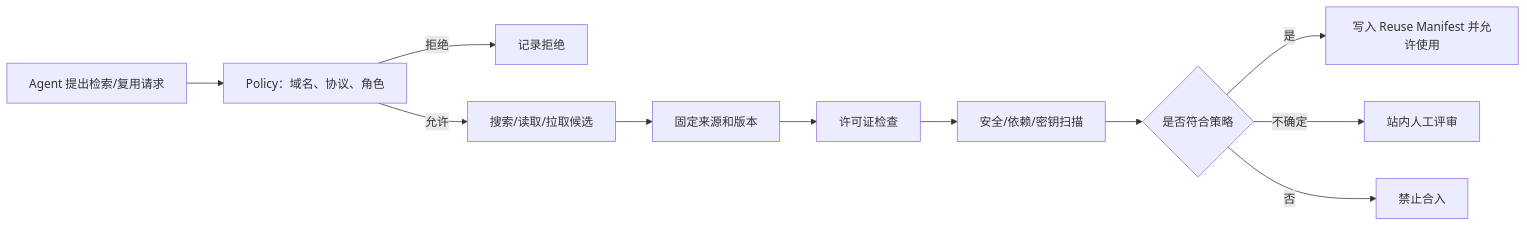
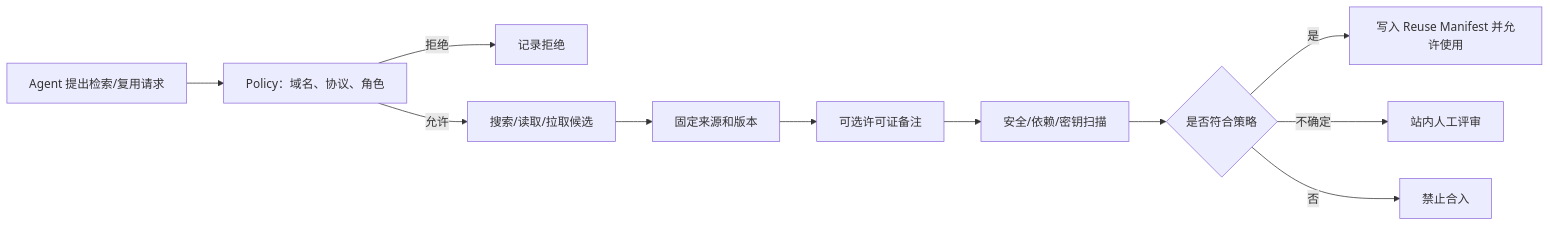
The sixth of 9 diagrams in doc/多Agent协同工具需求分析文档.md (mei-lun/multi-agent-flow), drawn with Mermaid before and after one commit. The commit also changed other lines of this file and 187 other files, not shown here.

````diff
--- a/doc/多Agent协同工具需求分析文档.md
+++ b/doc/多Agent协同工具需求分析文档.md
@@ -1127,13 +1129,13 @@
 ```mermaid
 flowchart LR
     A["Agent 提出检索/复用请求"] --> P["Policy：域名、协议、角色"]
     P -->|"拒绝"| D["记录拒绝"]
     P -->|"允许"| S["搜索/读取/拉取候选"]
     S --> C["固定来源和版本"]
-    C --> L["许可证检查"]
+    C --> L["可选许可证备注"]
     L --> V["安全/依赖/密钥扫描"]
     V --> R{"是否符合策略"}
     R -->|"是"| M["写入 Reuse Manifest 并允许使用"]
     R -->|"不确定"| H["站内人工评审"]
     R -->|"否"| X["禁止合入"]
 ```
````
